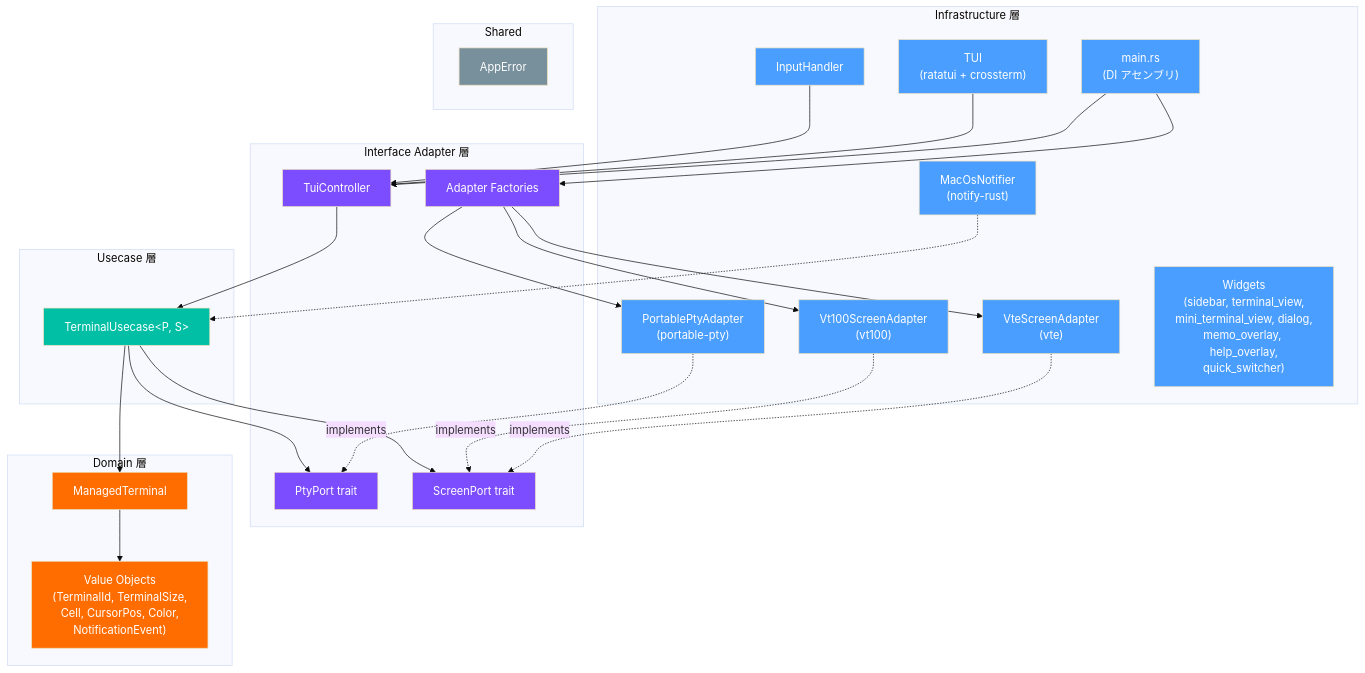
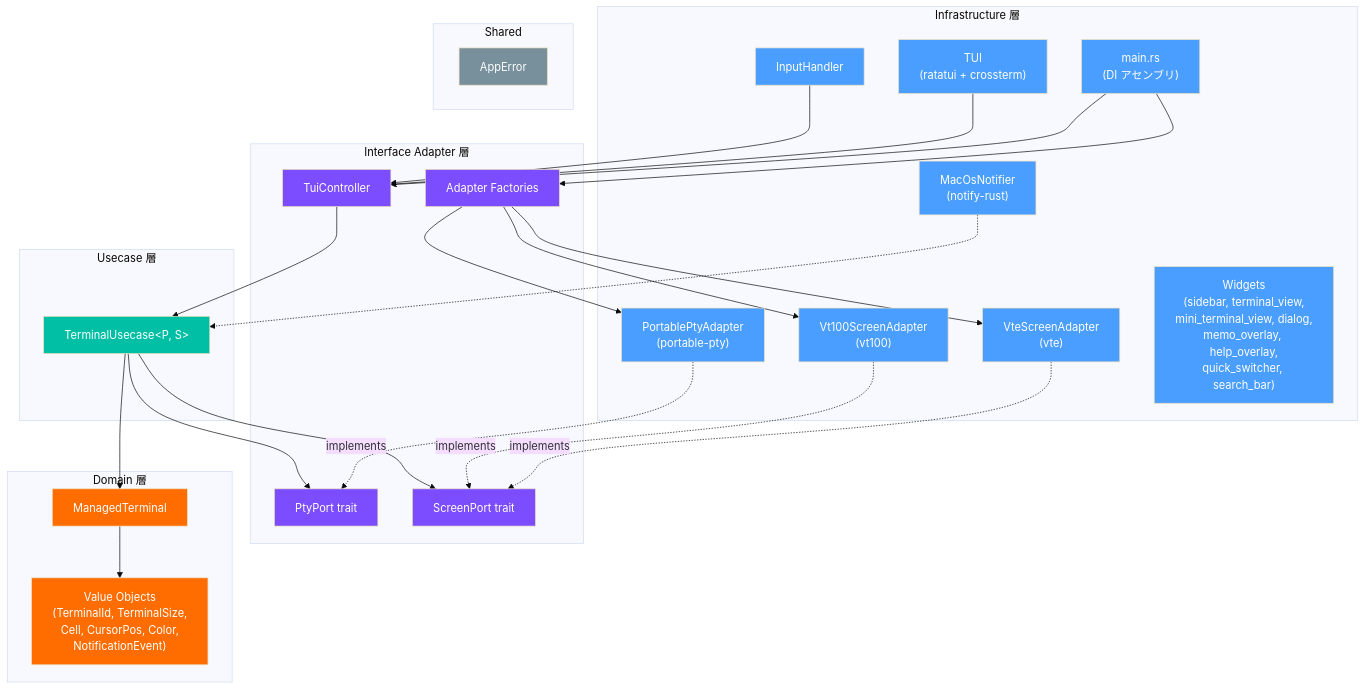
One commit to Kobayashi-takumi/cli-manager changed the fourth of 6 diagrams in README.md. Above: the diagram before and after it, drawn with Mermaid (base theme). The commit also changed other lines of this file and 13 other files, not shown here.

````diff
--- a/README.md
+++ b/README.md
@@ -305,67 +323,67 @@
 ```mermaid
 graph TD
     subgraph "Infrastructure 層"
         MAIN["main.rs<br/>(DI アセンブリ)"]
         PTY["PortablePtyAdapter<br/>(portable-pty)"]
         VTE["VteScreenAdapter<br/>(vte)"]
         VT100["Vt100ScreenAdapter<br/>(vt100)"]
         TUI["TUI<br/>(ratatui + crossterm)"]
         INPUT["InputHandler"]
-        WIDGETS["Widgets<br/>(sidebar, terminal_view,<br/>mini_terminal_view, dialog,<br/>memo_overlay, help_overlay,<br/>quick_switcher)"]
+        WIDGETS["Widgets<br/>(sidebar, terminal_view,<br/>mini_terminal_view, dialog,<br/>memo_overlay, help_overlay,<br/>quick_switcher, search_bar)"]
         NOTIF["MacOsNotifier<br/>(notify-rust)"]
     end
 
     subgraph "Interface Adapter 層"
         CTRL["TuiController"]
         PTYPORT["PtyPort trait"]
         SCRPORT["ScreenPort trait"]
         FACTORY["Adapter Factories"]
     end
 
     subgraph "Usecase 層"
         UC["TerminalUsecase&lt;P, S&gt;"]
     end
 
     subgraph "Domain 層"
         ENT["ManagedTerminal"]
         VO["Value Objects<br/>(TerminalId, TerminalSize,<br/>Cell, CursorPos, Color,<br/>NotificationEvent)"]
     end
 
     subgraph "Shared"
         ERR["AppError"]
     end
 
     MAIN --> CTRL
     MAIN --> FACTORY
     FACTORY --> PTY
     FACTORY --> VTE
     FACTORY --> VT100
     TUI --> CTRL
     INPUT --> CTRL
     CTRL --> UC
     PTY -.->|implements| PTYPORT
     VTE -.->|implements| SCRPORT
     VT100 -.->|implements| SCRPORT
     UC --> PTYPORT
     UC --> SCRPORT
     UC --> ENT
     ENT --> VO
     NOTIF -.-> UC
 
     style MAIN fill:#4a9eff,color:#fff
     style PTY fill:#4a9eff,color:#fff
     style VTE fill:#4a9eff,color:#fff
     style VT100 fill:#4a9eff,color:#fff
     style TUI fill:#4a9eff,color:#fff
     style INPUT fill:#4a9eff,color:#fff
     style WIDGETS fill:#4a9eff,color:#fff
     style NOTIF fill:#4a9eff,color:#fff
     style CTRL fill:#7c4dff,color:#fff
     style PTYPORT fill:#7c4dff,color:#fff
     style SCRPORT fill:#7c4dff,color:#fff
     style FACTORY fill:#7c4dff,color:#fff
     style UC fill:#00bfa5,color:#fff
     style ENT fill:#ff6d00,color:#fff
     style VO fill:#ff6d00,color:#fff
     style ERR fill:#78909c,color:#fff
 ```
````
